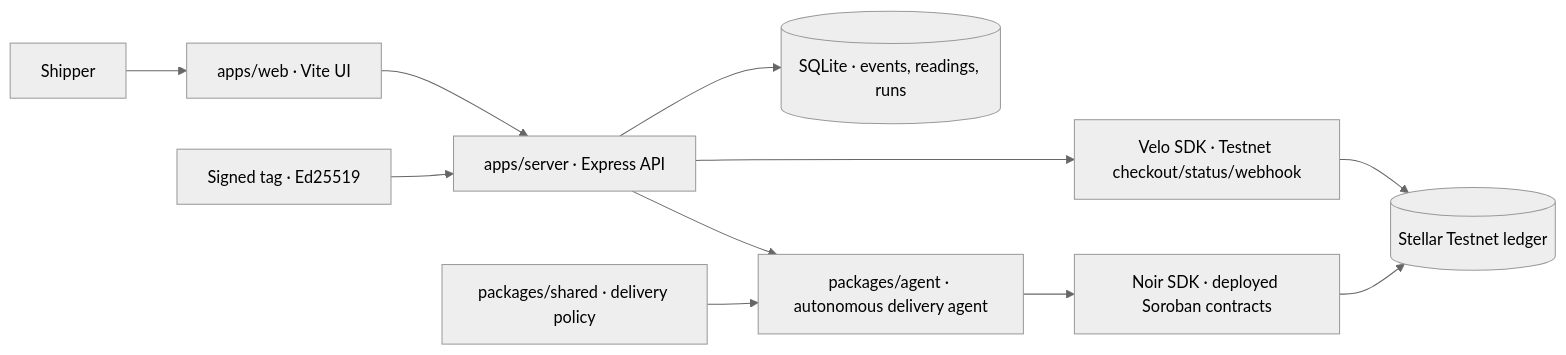
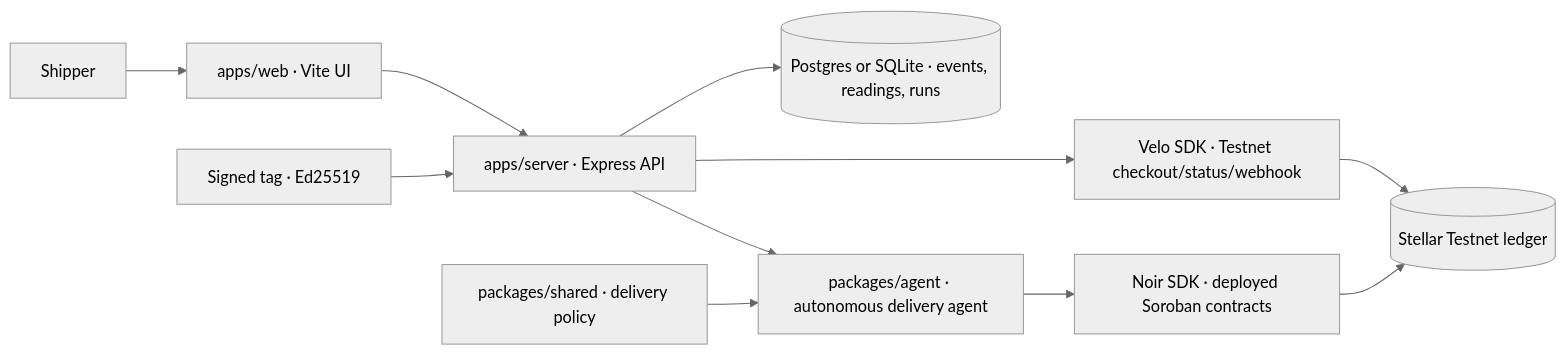
One commit to elamparogovince-wq/agentic-payment changed the diagram in README.md. Above: the diagram before and after it, drawn with Mermaid (neutral theme). The commit also changed other lines of this file and 7 other files, not shown here.

First line of the commit message:
Add Postgres store (DATABASE_URL) with SQLite fallback

````diff
--- a/README.md
+++ b/README.md
@@ -35,13 +35,13 @@
 ```mermaid
 flowchart LR
   Shipper[Shipper] --> Web[apps/web · Vite UI]
   Web --> Server[apps/server · Express API]
   Server --> Velo[Velo SDK · Testnet checkout/status/webhook]
   Velo --> Ledger[(Stellar Testnet ledger)]
   Tag[Signed tag · Ed25519] --> Server
-  Server --> DB[(SQLite · events, readings, runs)]
+  Server --> DB[(Postgres or SQLite · events, readings, runs)]
   Server --> Agent[packages/agent · autonomous delivery agent]
   Agent --> Noir[Noir SDK · deployed Soroban contracts]
   Noir --> Ledger
   Shared[packages/shared · delivery policy] --> Agent
 ```
````
